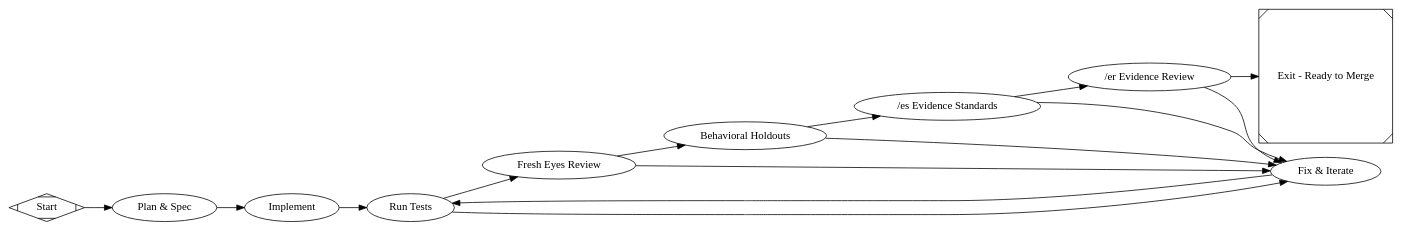
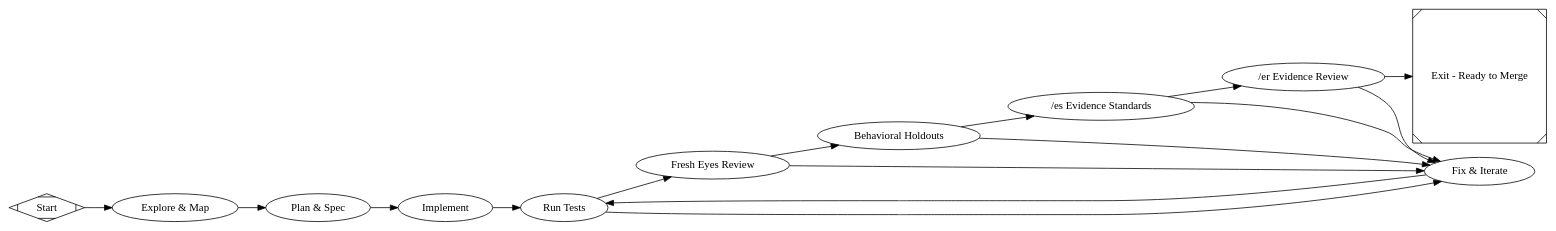
One commit to jleechanorg/dark-factory changed the diagram in pipelines/slim/minimal_feature.dot. Above: the diagram before and after it, drawn with Graphviz. The commit also changed 8 other files, not shown here.

First line of the commit message:
feat(slim): add explore phase and role-based model routing

```diff
--- a/pipelines/slim/minimal_feature.dot
+++ b/pipelines/slim/minimal_feature.dot
@@ -1,90 +1,102 @@
 digraph MinimalFeatureFactory {
   graph [
     goal="Implement a production-ready feature that passes tests, review, and behavioral holdouts"
     rankdir=LR
     model_stylesheet="minimal_feature.model.css"
   ]
 
   start [shape=Mdiamond, label="Start"]
   exit  [shape=Msquare, label="Exit - Ready to Merge"]
+
+  explore [
+    type="codergen",
+    label="Explore & Map",
+    class="explore",
+    prompt="@prompts/slim/explore.md"
+  ]
 
   plan [
     type="codergen",
     label="Plan & Spec",
     class="plan",
     prompt="@prompts/slim/plan.md"
   ]
 
   implement [
     type="codergen",
     label="Implement",
     class="implement",
     prompt="@prompts/slim/implement.md",
     max_retries=2
   ]
 
   test [
     type="tool",
     label="Run Tests",
     command="${state.slim.test_command}",
     validation=true,
     goal_gate=true,
+    timeout=600,
     retry_target="fix"
   ]
 
   review [
     type="codergen",
     label="Fresh Eyes Review",
     class="review",
-    backend="codex",
     prompt="@prompts/slim/review.md",
     goal_gate=true,
     retry_target="fix"
   ]
 
   holdout [
     type="holdout_eval",
     label="Behavioral Holdouts",
     validation=true,
     goal_gate=true,
+    timeout=600,
     retry_target="fix"
   ]
 
   gate_es [
     type="gate_es",
-    label="/es Evidence Standards"
+    label="/es Evidence Standards",
+    timeout=600
   ]
 
   gate_er [
     type="gate_er",
-    label="/er Evidence Review"
+    label="/er Evidence Review",
+    timeout=600
   ]
 
   fix [
     type="codergen",
     label="Fix & Iterate",
+    class="fix",
     prompt="@prompts/slim/fix.md",
     max_retries=2
   ]
 
-  start -> plan
+  start -> explore
+  explore -> plan
   plan -> implement
   implement -> test
 
   test -> review [condition="outcome=success"]
   test -> fix [condition="outcome!=success"]
 
   review -> holdout [condition="outcome=success"]
   review -> fix [condition="outcome!=success"]
 
   holdout -> gate_es [condition="outcome=success"]
   holdout -> fix [condition="outcome!=success"]
 
   gate_es -> gate_er [condition="outcome=success"]
   gate_es -> fix [condition="outcome!=success"]
 
   gate_er -> exit [condition="outcome=success"]
   gate_er -> fix [condition="outcome!=success"]
 
   fix -> test
 }
```
